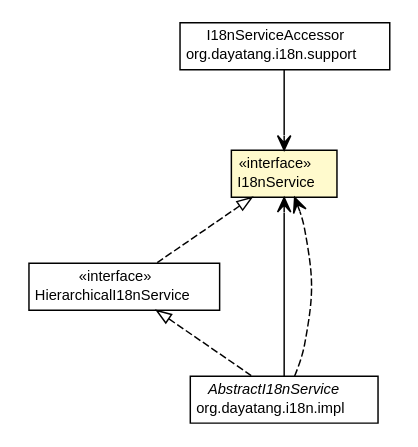
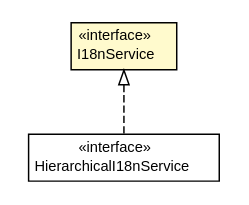
Before and after one commit to dayatang/dddlib: the diagram in dddlib-i18n/apidocs/org/dayatang/i18n/I18nService.dot, drawn with Graphviz. The commit also changed 127 other files, not shown here.

```diff
--- a/dddlib-i18n/apidocs/org/dayatang/i18n/I18nService.dot
+++ b/dddlib-i18n/apidocs/org/dayatang/i18n/I18nService.dot
@@ -1,50 +1,28 @@
 #!/usr/local/bin/dot
 #
 # Class diagram 
 # Generated by UMLGraph version R5_6_6-8-g8d7759 (http://www.umlgraph.org/)
 #
 
 digraph G {
 	edge [fontname="Helvetica",fontsize=10,labelfontname="Helvetica",labelfontsize=10];
 	node [fontname="Helvetica",fontsize=10,shape=plaintext];
 	nodesep=0.25;
 	ranksep=0.5;
 	// org.dayatang.i18n.I18nService
-	c61 [label=<<table title="org.dayatang.i18n.I18nService" border="0" cellborder="1" cellspacing="0" cellpadding="2" port="p" bgcolor="lemonChiffon" href="./I18nService.html">
+	c52 [label=<<table title="org.dayatang.i18n.I18nService" border="0" cellborder="1" cellspacing="0" cellpadding="2" port="p" bgcolor="lemonChiffon" href="./I18nService.html">
 		<tr><td><table border="0" cellspacing="0" cellpadding="1">
 <tr><td align="center" balign="center"> &#171;interface&#187; </td></tr>
 <tr><td align="center" balign="center"> I18nService </td></tr>
 		</table></td></tr>
 		</table>>, URL="./I18nService.html", fontname="Helvetica", fontcolor="black", fontsize=10.0];
 	// org.dayatang.i18n.HierarchicalI18nService
-	c62 [label=<<table title="org.dayatang.i18n.HierarchicalI18nService" border="0" cellborder="1" cellspacing="0" cellpadding="2" port="p" href="./HierarchicalI18nService.html">
+	c53 [label=<<table title="org.dayatang.i18n.HierarchicalI18nService" border="0" cellborder="1" cellspacing="0" cellpadding="2" port="p" href="./HierarchicalI18nService.html">
 		<tr><td><table border="0" cellspacing="0" cellpadding="1">
 <tr><td align="center" balign="center"> &#171;interface&#187; </td></tr>
 <tr><td align="center" balign="center"> HierarchicalI18nService </td></tr>
 		</table></td></tr>
 		</table>>, URL="./HierarchicalI18nService.html", fontname="Helvetica", fontcolor="black", fontsize=10.0];
-	// org.dayatang.i18n.impl.AbstractI18nService
-	c65 [label=<<table title="org.dayatang.i18n.impl.AbstractI18nService" border="0" cellborder="1" cellspacing="0" cellpadding="2" port="p" href="./impl/AbstractI18nService.html">
-		<tr><td><table border="0" cellspacing="0" cellpadding="1">
-<tr><td align="center" balign="center"><font face="Helvetica-Oblique"> AbstractI18nService </font></td></tr>
-<tr><td align="center" balign="center"> org.dayatang.i18n.impl </td></tr>
-		</table></td></tr>
-		</table>>, URL="./impl/AbstractI18nService.html", fontname="Helvetica", fontcolor="black", fontsize=10.0];
-	// org.dayatang.i18n.support.I18nServiceAccessor
-	c66 [label=<<table title="org.dayatang.i18n.support.I18nServiceAccessor" border="0" cellborder="1" cellspacing="0" cellpadding="2" port="p" href="./support/I18nServiceAccessor.html">
-		<tr><td><table border="0" cellspacing="0" cellpadding="1">
-<tr><td align="center" balign="center"> I18nServiceAccessor </td></tr>
-<tr><td align="center" balign="center"> org.dayatang.i18n.support </td></tr>
-		</table></td></tr>
-		</table>>, URL="./support/I18nServiceAccessor.html", fontname="Helvetica", fontcolor="black", fontsize=10.0];
 	//org.dayatang.i18n.HierarchicalI18nService implements org.dayatang.i18n.I18nService
-	c61:p -> c62:p [dir=back,arrowtail=empty,style=dashed];
-	//org.dayatang.i18n.impl.AbstractI18nService implements org.dayatang.i18n.HierarchicalI18nService
-	c62:p -> c65:p [dir=back,arrowtail=empty,style=dashed];
-	// org.dayatang.i18n.impl.AbstractI18nService NAVASSOC org.dayatang.i18n.I18nService
-	c65:p -> c61:p [taillabel="", label=" "headlabel="", fontname="Helvetica", fontcolor="black", fontsize=10.0, color="black", arrowhead=open];
-	// org.dayatang.i18n.support.I18nServiceAccessor NAVASSOC org.dayatang.i18n.I18nService
-	c66:p -> c61:p [taillabel="", label=" "headlabel="", fontname="Helvetica", fontcolor="black", fontsize=10.0, color="black", arrowhead=open];
-	// org.dayatang.i18n.impl.AbstractI18nService DEPEND org.dayatang.i18n.I18nService
-	c65:p -> c61:p [taillabel="", label=" "headlabel="", fontname="Helvetica", fontcolor="black", fontsize=10.0, color="black", arrowhead=open, style=dashed];
+	c52:p -> c53:p [dir=back,arrowtail=empty,style=dashed];
 }
```
